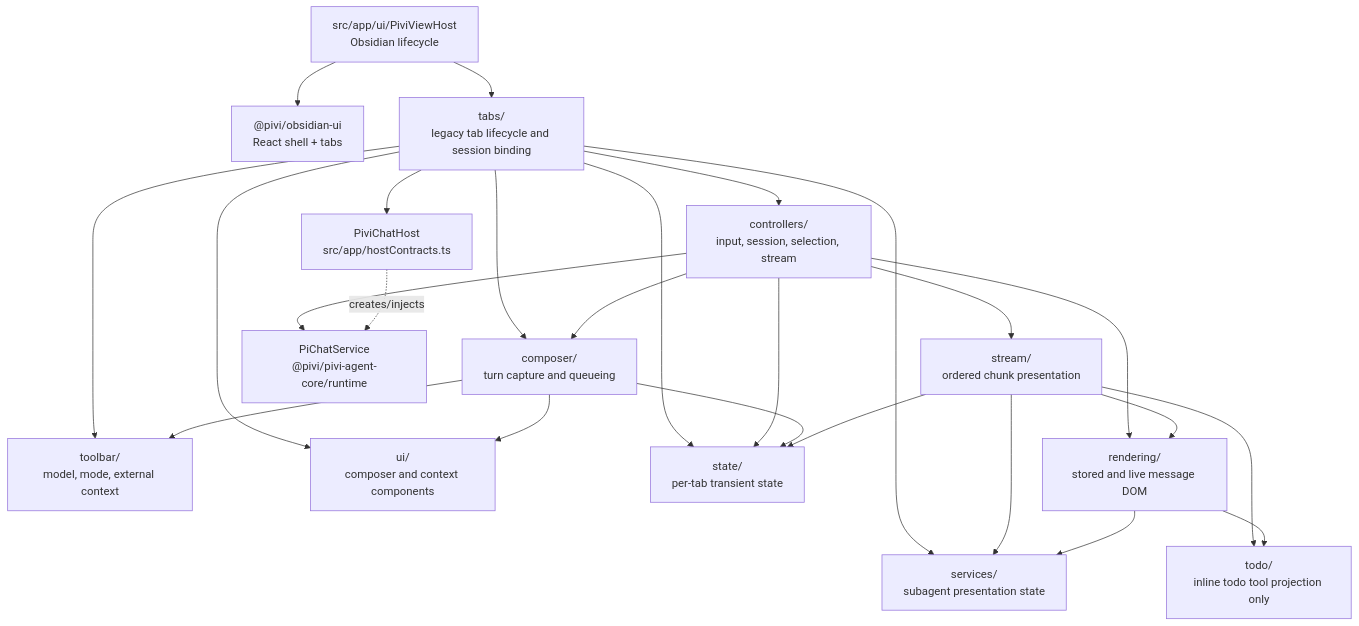
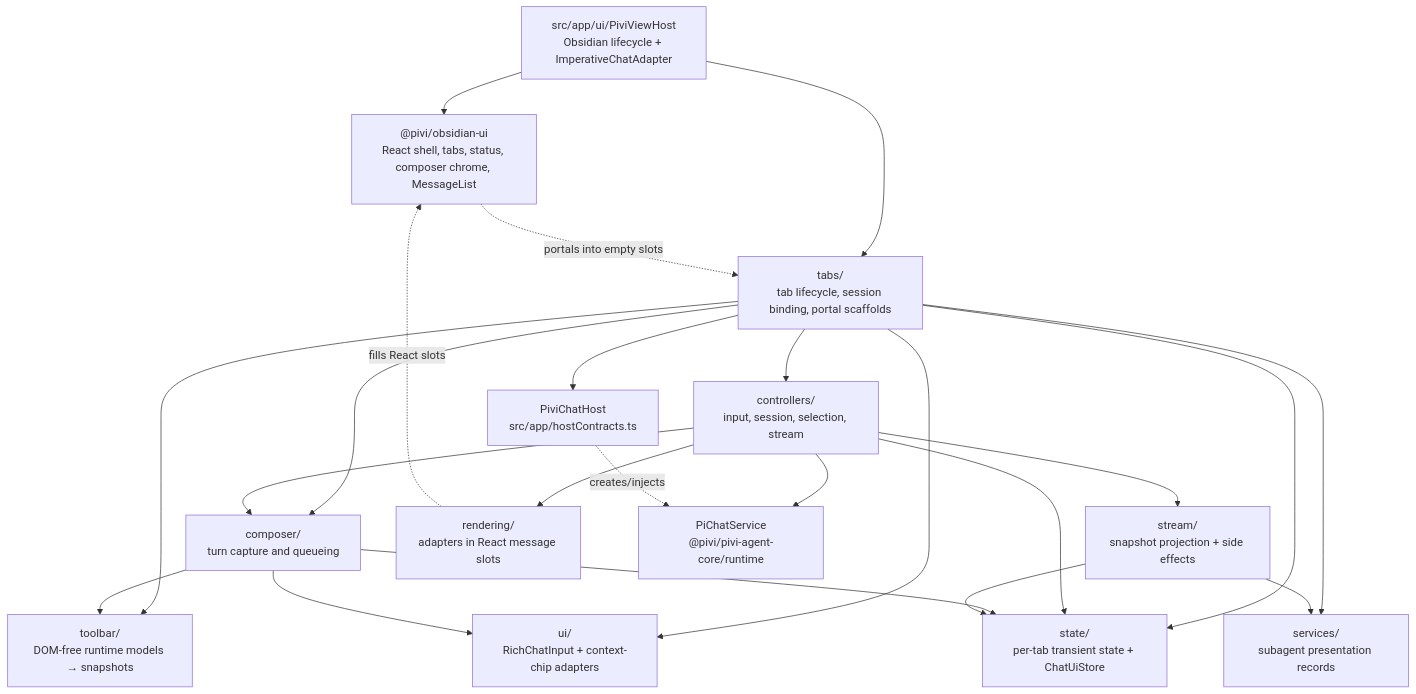
One commit to shuuul/obsidian-pivi changed the diagram in src/ui/chat/AGENTS.md. Above: the diagram before and after it, drawn with Mermaid. The commit also changed other lines of this file and 78 other files, not shown here.

First line of the commit message:
refactor(architecture): wire ChatPorts and clear post-React dead paths

````diff
--- a/src/ui/chat/AGENTS.md
+++ b/src/ui/chat/AGENTS.md
@@ -13,32 +13,29 @@
 ```mermaid
 flowchart TD
-  View["src/app/ui/PiviViewHost<br/>Obsidian lifecycle"] --> Shell["@pivi/obsidian-ui<br/>React shell + tabs"]
-  View --> Tabs["tabs/<br/>legacy tab lifecycle and session binding"]
+  View["src/app/ui/PiviViewHost<br/>Obsidian lifecycle + ImperativeChatAdapter"] --> Shell["@pivi/obsidian-ui<br/>React shell, tabs, status, composer chrome, MessageList"]
+  View --> Tabs["tabs/<br/>tab lifecycle, session binding, portal scaffolds"]
   Tabs --> Controllers["controllers/<br/>input, session, selection, stream"]
   Tabs --> Composer["composer/<br/>turn capture and queueing"]
-  Tabs --> Toolbar["toolbar/<br/>model, mode, external context"]
-  Tabs --> UI["ui/<br/>composer and context components"]
-  Tabs --> State["state/<br/>per-tab transient state"]
-  Tabs --> Services["services/<br/>subagent presentation state"]
+  Tabs --> Toolbar["toolbar/<br/>DOM-free runtime models → snapshots"]
+  Tabs --> UI["ui/<br/>RichChatInput + context-chip adapters"]
+  Tabs --> State["state/<br/>per-tab transient state + ChatUiStore"]
+  Tabs --> Services["services/<br/>subagent presentation records"]
 
   Controllers --> Composer
-  Controllers --> Stream["stream/<br/>ordered chunk presentation"]
-  Controllers --> Rendering["rendering/<br/>stored and live message DOM"]
+  Controllers --> Stream["stream/<br/>snapshot projection + side effects"]
+  Controllers --> Rendering["rendering/<br/>adapters in React message slots"]
   Controllers --> State
 
   Composer --> UI
   Composer --> Toolbar
   Composer --> State
 
-  Stream --> Rendering
   Stream --> Services
-  Stream --> Todo["todo/<br/>inline todo tool projection only"]
   Stream --> State
-
-  Rendering --> Services
-  Rendering --> Todo
+  Shell -. "portals into empty slots" .-> Tabs
+  Rendering -. "fills React slots" .-> Shell
 
   Tabs --> Host["PiviChatHost<br/>src/app/hostContracts.ts"]
   Controllers --> ChatService["PiChatService<br/>@pivi/pivi-agent-core/runtime"]
   Host -. "creates/injects" .-> ChatService
 ```
````
